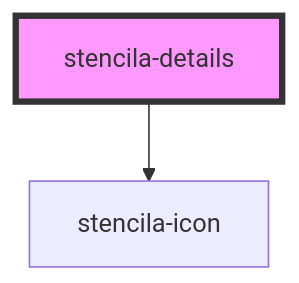
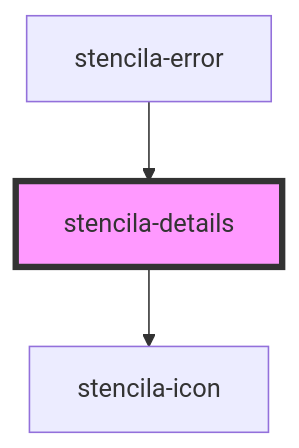
One commit to stencila/designa changed the diagram in packages/components/src/components/details/readme.md. Above: the diagram before and after it, drawn with Mermaid. The commit also changed other lines of this file and 13 other files, not shown here.

````diff
--- a/packages/components/src/components/details/readme.md
+++ b/packages/components/src/components/details/readme.md
@@ -20,5 +24,6 @@
 ```mermaid
 graph TD;
   stencila-details --> stencila-icon
+  stencila-error --> stencila-details
   style stencila-details fill:#f9f,stroke:#333,stroke-width:4px
 ```
````
